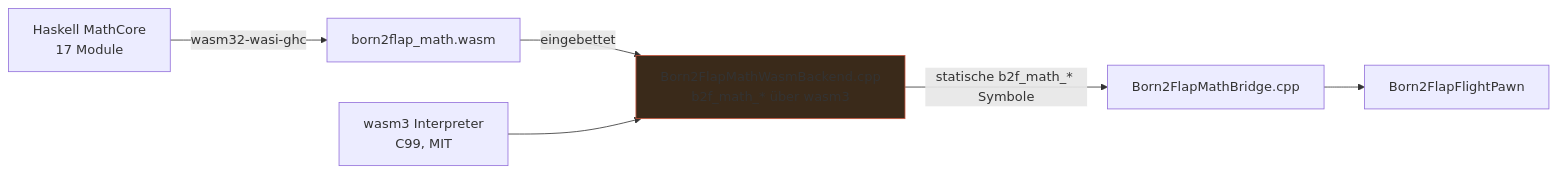
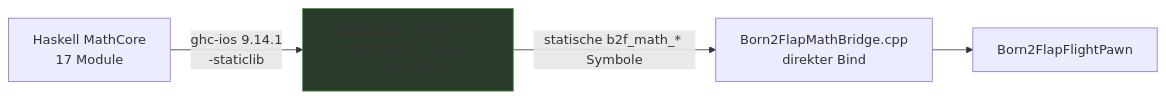
The diagram in docs/ios-port.md (dantiel/BORN-2-FLAP), drawn with Mermaid before and after one commit. The commit also changed other lines of this file and 3 other files, not shown here.

First line of the commit message:
iOS: link native Haskell math core (ghc-ios) + libiconv; supersede WASM path

````diff
--- a/docs/ios-port.md
+++ b/docs/ios-port.md
@@ -26,9 +23,7 @@
 ```mermaid
 graph LR
-    A[Haskell MathCore<br/>17 Module] -->|wasm32-wasi-ghc| B[born2flap_math.wasm]
-    B -->|eingebettet| C[Born2FlapMathWasmBackend.cpp<br/>b2f_math_* über wasm3]
-    D[wasm3 Interpreter<br/>C99, MIT] --> C
-    C -->|statische b2f_math_* Symbole| E[Born2FlapMathBridge.cpp]
-    E --> F[Born2FlapFlightPawn]
-    style C fill:#3a2a1a,stroke:#c8553d
+    A[Haskell MathCore<br/>17 Module] -->|ghc-ios 9.14.1<br/>-staticlib| B[libborn2flap_math-ios.a<br/>34.8 MB, RTS+base gebündelt]
+    B -->|statische b2f_math_* Symbole| C[Born2FlapMathBridge.cpp<br/>direkter Bind]
+    C --> D[Born2FlapFlightPawn]
+    style B fill:#2a3a2a,stroke:#4c8f4c
 ```
````
